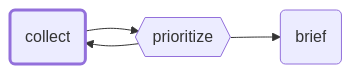
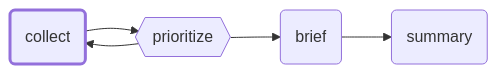
Before and after one commit to GEMISIS/leviath: the diagram in docs/assets/agents/src/daily-briefer.mmd, drawn with Mermaid. The commit also changed 41 other files, not shown here.

```diff
--- a/docs/assets/agents/src/daily-briefer.mmd
+++ b/docs/assets/agents/src/daily-briefer.mmd
@@ -1,9 +1,11 @@
 flowchart LR
     collect(collect)
     prioritize{{prioritize}}
     brief(brief)
+    summary(summary)
     collect --> prioritize
     prioritize --> brief
     prioritize --> collect
+    brief --> summary
     classDef entry stroke-width:3px
     class collect entry
```
